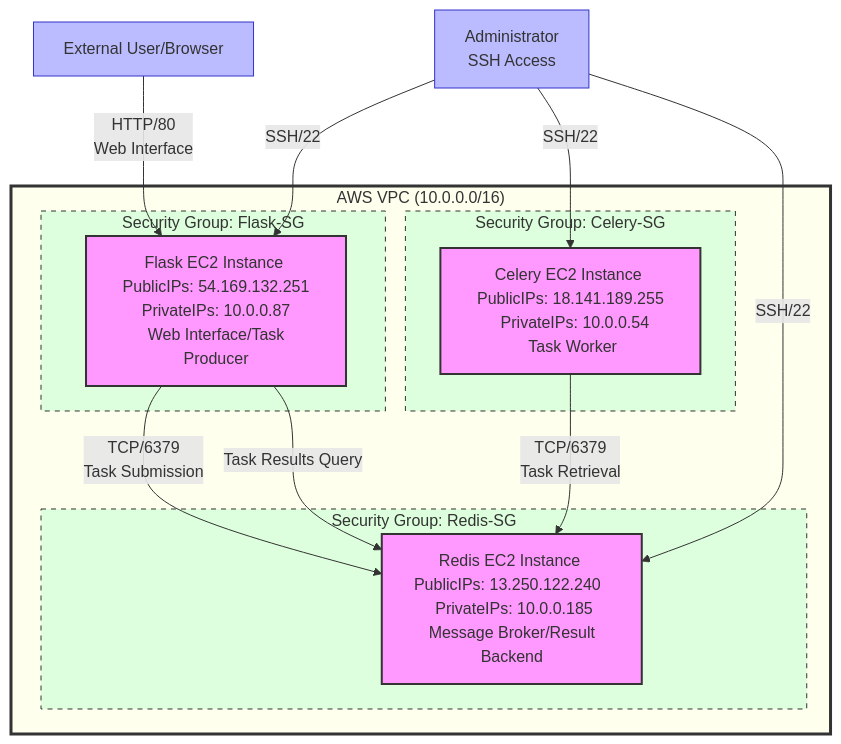
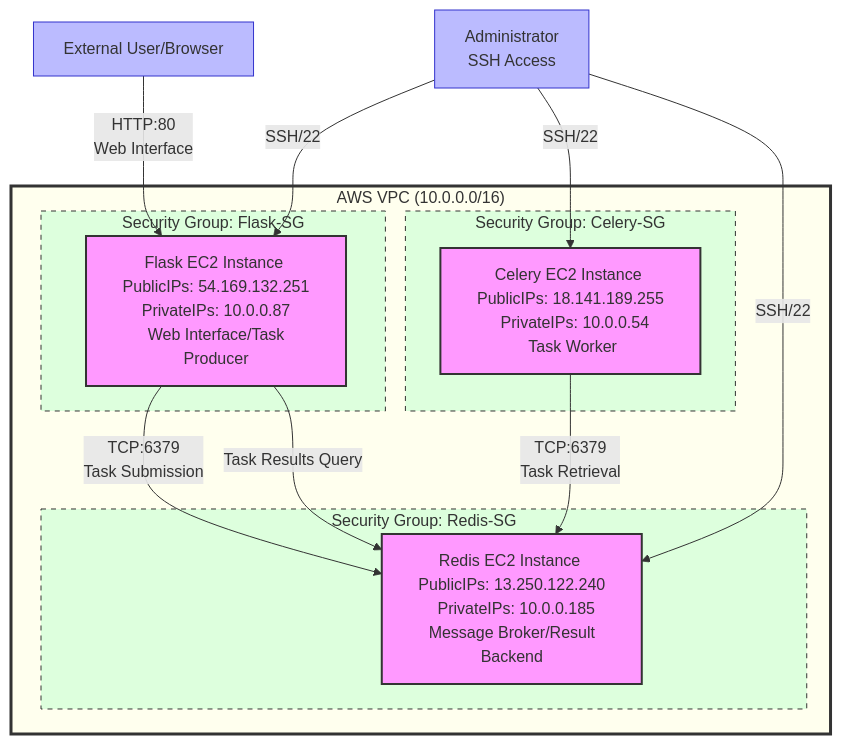
Before and after one commit to Jilan5/Deploying-a-Distributed-Task-Queue-Architecture-on-AWS-EC2: the diagram in README.md, drawn with Mermaid.

````diff
--- a/README.md
+++ b/README.md
@@ -23,45 +23,45 @@
 ```mermaid
 graph TD
     %% Define the VPC boundary
     subgraph AWS_VPC["AWS VPC (10.0.0.0/16)"]
         %% Define the instances
         FlaskEC2["Flask EC2 Instance \n PublicIPs: 54.169.132.251  PrivateIPs: 10.0.0.87 \n Web Interface/Task Producer"]
         CeleryEC2["Celery EC2 Instance \n PublicIPs: 18.141.189.255    PrivateIPs: 10.0.0.54 \n Task Worker"]
-        RedisEC2["Redis EC2 Instance \nPublicIPs: 13.250.122.240    PrivateIPs: 10.0.0.185 \n Message Broker/Result Backend"]
+        RedisEC2["Redis EC2 Instance \n PublicIPs: 13.250.122.240    PrivateIPs: 10.0.0.185 \n Message Broker/Result Backend"]
         
         %% Define security groups
         subgraph FlaskSG["Security Group: Flask-SG"]
             FlaskEC2
         end
         
         subgraph CelerySG["Security Group: Celery-SG"]
             CeleryEC2
         end
         
         subgraph RedisSG["Security Group: Redis-SG"]
             RedisEC2
         end
         
         %% Define connections
-        FlaskEC2 -->|TCP/6379\nTask Submission| RedisEC2
-        CeleryEC2 -->|TCP/6379\nTask Retrieval| RedisEC2
+        FlaskEC2 -->|TCP:6379 \n Task Submission| RedisEC2
+        CeleryEC2 -->|TCP:6379 \n Task Retrieval| RedisEC2
         FlaskEC2 -->|Task Results Query| RedisEC2
     end
     
     %% External connections
-    User["External User/Browser"] -->|HTTP/80\nWeb Interface| FlaskEC2
+    User["External User/Browser"] -->|HTTP:80 \n Web Interface| FlaskEC2
     Admin["Administrator\nSSH Access"] -->|SSH/22| FlaskEC2
     Admin -->|SSH/22| CeleryEC2
     Admin -->|SSH/22| RedisEC2
     
     %% Styling
     classDef ec2 fill:#f9f,stroke:#333,stroke-width:2px;
     classDef sg fill:#dfd,stroke:#333,stroke-width:1px,stroke-dasharray: 5 5;
     classDef external fill:#bbf,stroke:#33c,stroke-width:1px;
     classDef vpc fill:#ffe,stroke:#333,stroke-width:3px;
     
     class FlaskEC2,CeleryEC2,RedisEC2 ec2;
     class FlaskSG,CelerySG,RedisSG sg;
     class User,Admin external;
     class AWS_VPC vpc;
 ```
````
